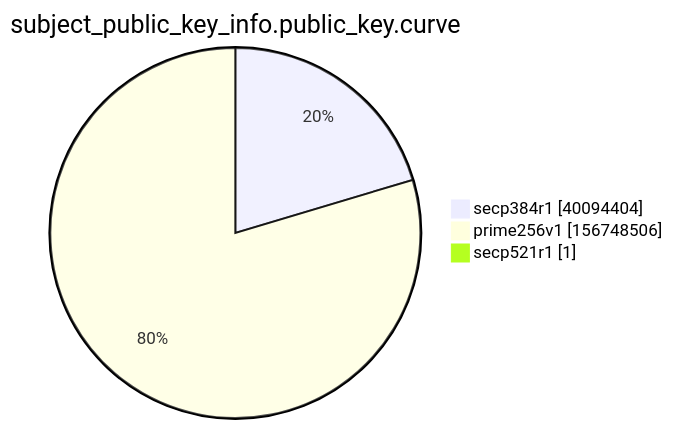
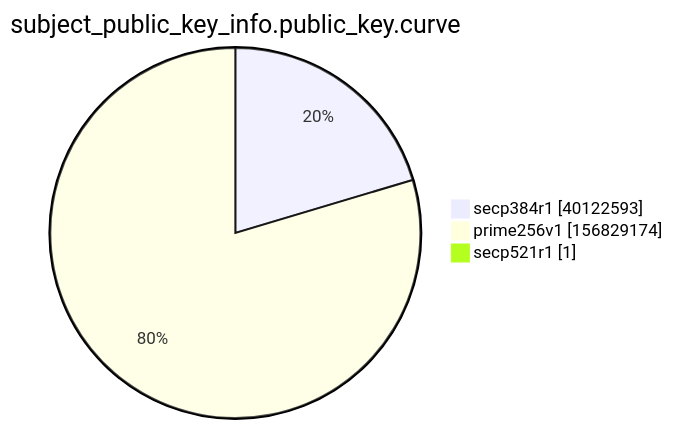
The ninth of 15 diagrams in xenon2022/README.md (christiankrug/ctmonitor_visualization), drawn with Mermaid before and after one commit. The commit also changed other lines of this file, not shown here.

````diff
--- a/xenon2022/README.md
+++ b/xenon2022/README.md
@@ -2866,7 +2866,7 @@
 ```mermaid
 pie showData
 title subject_public_key_info.public_key.curve
-"secp384r1" :40094404
-"prime256v1" :156748506
+"secp384r1" :40122593
+"prime256v1" :156829174
 "secp521r1" :1
 ```
````
